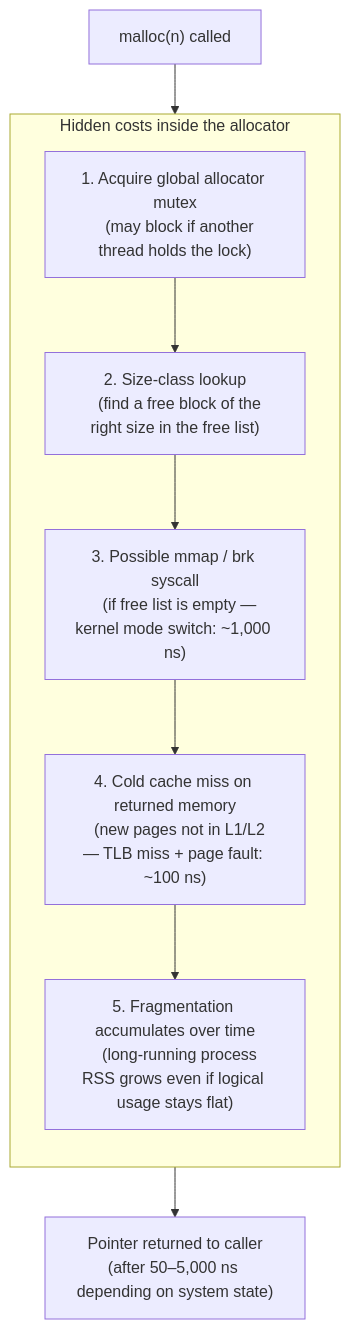
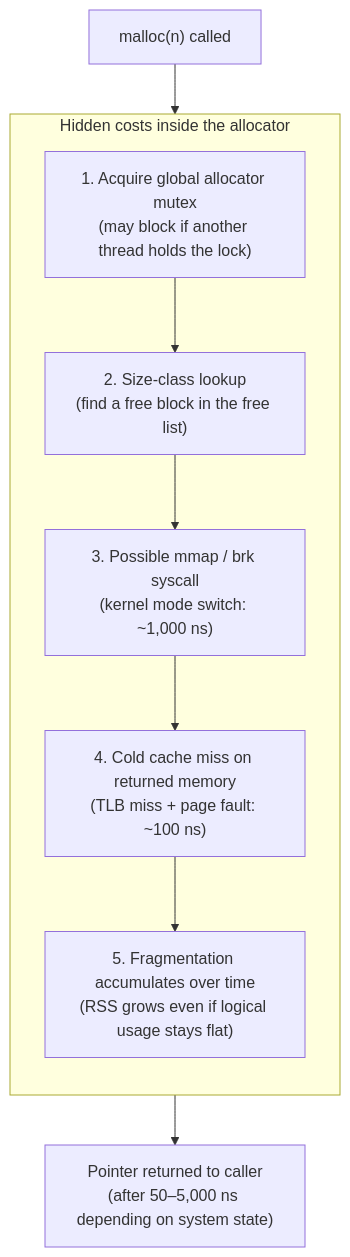
Before and after one commit to the-lkb/beast-json: the first of 7 diagrams in docs/theory/zero-allocation.md, drawn with Mermaid. The commit also changed other lines of this file and 4 other files, not shown here.

````diff
--- a/docs/theory/zero-allocation.md
+++ b/docs/theory/zero-allocation.md
@@ -11,17 +11,17 @@
 ```mermaid
 flowchart TB
     CALL["malloc(n) called"]
 
     subgraph CHAIN["Hidden costs inside the allocator"]
         direction TB
-        L["1. Acquire global allocator mutex\n   (may block if another thread holds the lock)"]
-        SZ["2. Size-class lookup\n   (find a free block of the right size in the free list)"]
-        SYS["3. Possible mmap / brk syscall\n   (if free list is empty — kernel mode switch: ~1,000 ns)"]
-        CM["4. Cold cache miss on returned memory\n   (new pages not in L1/L2 — TLB miss + page fault: ~100 ns)"]
-        FR["5. Fragmentation accumulates over time\n   (long-running process RSS grows even if logical usage stays flat)"]
+        L["1. Acquire global allocator mutex<br/>(may block if another thread holds the lock)"]
+        SZ["2. Size-class lookup<br/>(find a free block in the free list)"]
+        SYS["3. Possible mmap / brk syscall<br/>(kernel mode switch: ~1,000 ns)"]
+        CM["4. Cold cache miss on returned memory<br/>(TLB miss + page fault: ~100 ns)"]
+        FR["5. Fragmentation accumulates over time<br/>(RSS grows even if logical usage stays flat)"]
         L --> SZ --> SYS --> CM --> FR
     end
 
-    RET["Pointer returned to caller\n(after 50–5,000 ns depending on system state)"]
+    RET["Pointer returned to caller<br/>(after 50–5,000 ns depending on system state)"]
     CALL --> CHAIN --> RET
 ```
````
